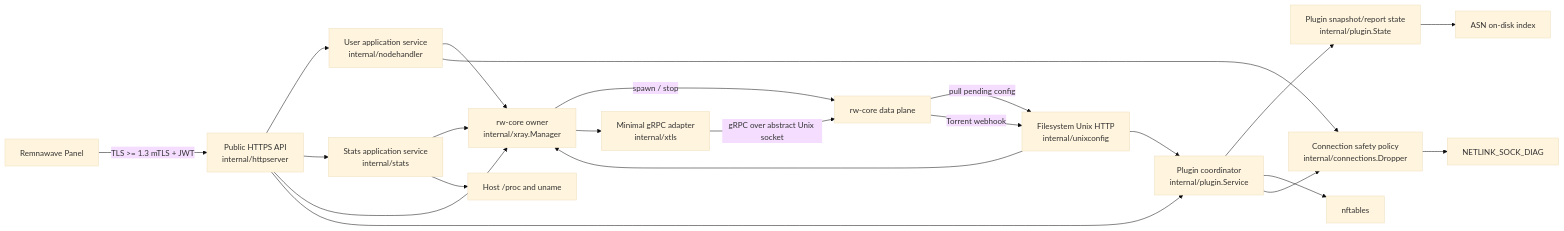
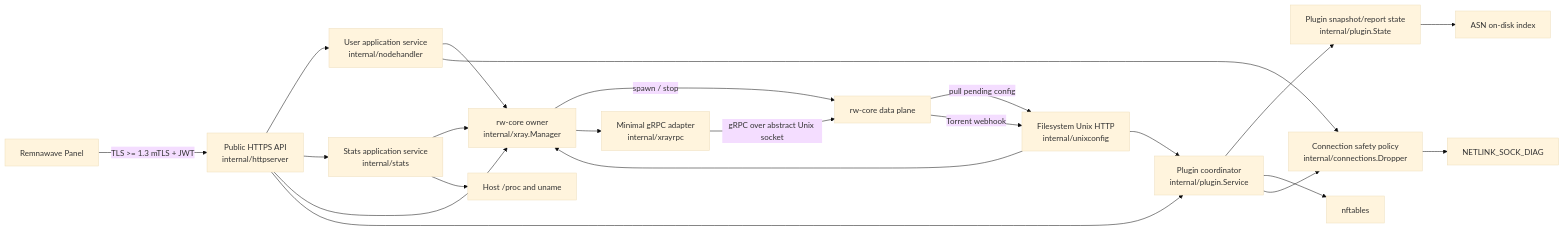
One commit to luxiaba/remnanode-lite changed the first of 5 diagrams in docs/architecture.md. Above: the diagram before and after it, drawn with Mermaid (base theme). The commit also changed other lines of this file and 17 other files, not shown here.

````diff
--- a/docs/architecture.md
+++ b/docs/architecture.md
@@ -26,40 +26,40 @@
 ```mermaid
 flowchart LR
     Panel["Remnawave Panel"]
     HTTP["Public HTTPS API\ninternal/httpserver"]
     Handler["User application service\ninternal/nodehandler"]
     Stats["Stats application service\ninternal/stats"]
     Xray["rw-core owner\ninternal/xray.Manager"]
     Plugin["Plugin coordinator\ninternal/plugin.Service"]
     State["Plugin snapshot/report state\ninternal/plugin.State"]
     Dropper["Connection safety policy\ninternal/connections.Dropper"]
     UnixHTTP["Filesystem Unix HTTP\ninternal/unixconfig"]
-    XTLS["Minimal gRPC adapter\ninternal/xtls"]
+    RPC["Minimal gRPC adapter\ninternal/xrayrpc"]
     Core["rw-core data plane"]
     NFT["nftables"]
     Netlink["NETLINK_SOCK_DIAG"]
     ASN["ASN on-disk index"]
     Proc["Host /proc and uname"]
 
     Panel -->|"TLS >= 1.3 mTLS + JWT"| HTTP
     HTTP --> Handler
     HTTP --> Stats
     HTTP --> Xray
     HTTP --> Plugin
     Handler --> Xray
     Handler --> Dropper
     Stats --> Xray
     Xray -->|"spawn / stop"| Core
-    Xray --> XTLS
-    XTLS -->|"gRPC over abstract Unix socket"| Core
+    Xray --> RPC
+    RPC -->|"gRPC over abstract Unix socket"| Core
     Core -->|"pull pending config"| UnixHTTP
     Core -->|"Torrent webhook"| UnixHTTP
     UnixHTTP --> Xray
     UnixHTTP --> Plugin
     Plugin --> State
     Plugin --> NFT
     Plugin --> Dropper
     Dropper --> Netlink
     State --> ASN
     Stats --> Proc
 ```
````
